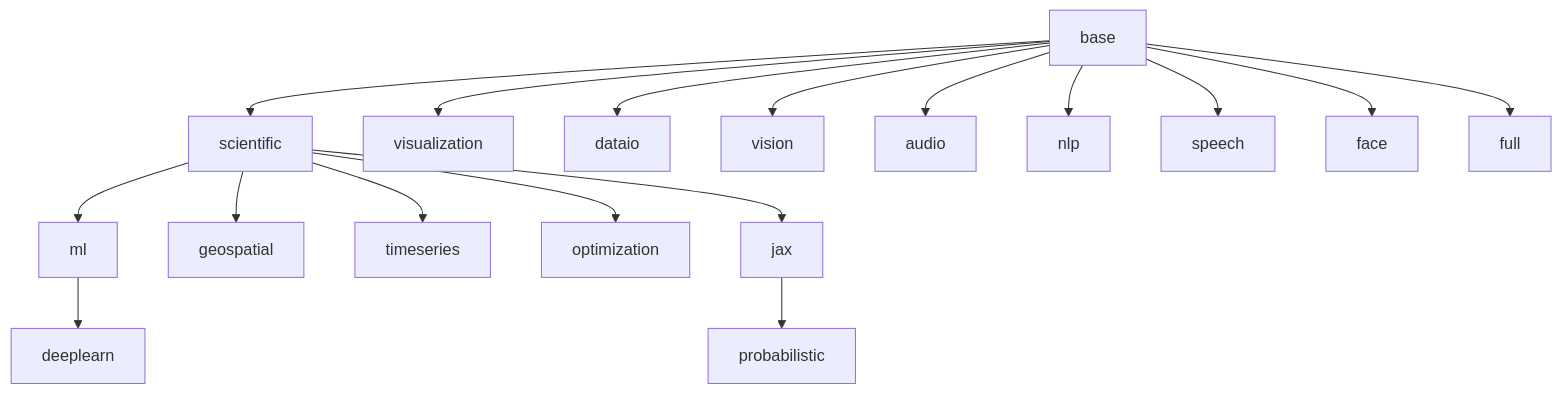
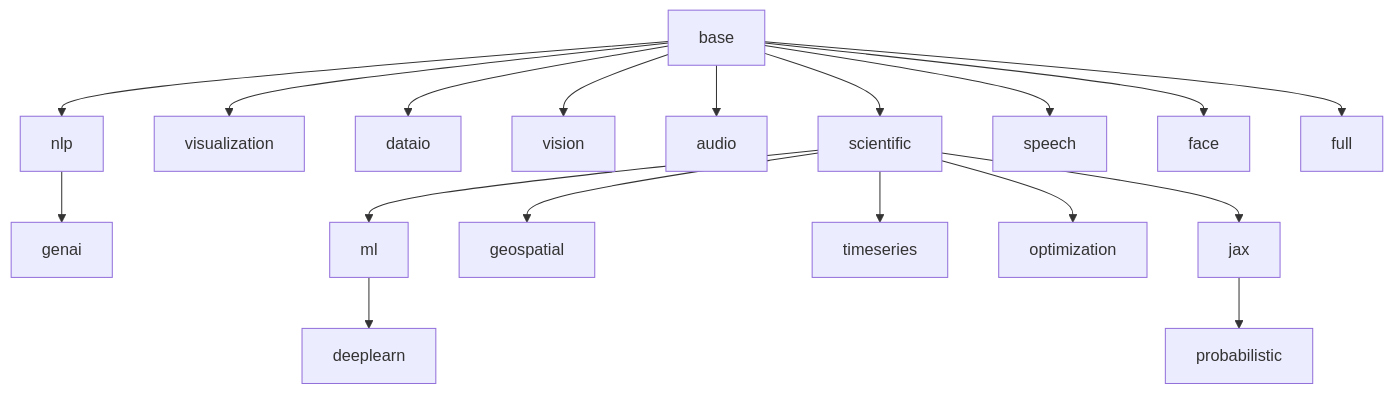
One commit to wlame/jupyter-docker changed the first of 2 diagrams in docs/concepts/architecture.md. Above: the diagram before and after it, drawn with Mermaid. The commit also changed other lines of this file and 23 other files, not shown here.

Commit message:
Add a genai image on nlp with TRL, FAISS, bm25s, LLM clients, and a baked SmolLM2.

````diff
--- a/docs/concepts/architecture.md
+++ b/docs/concepts/architecture.md
@@ -56,20 +56,21 @@
 ```mermaid
 flowchart TD
     base[base]
     base --> scientific[scientific]
     base --> visualization[visualization]
     base --> dataio[dataio]
     base --> vision[vision]
     base --> audio[audio]
     base --> nlp[nlp]
+    nlp --> genai[genai]
     base --> speech[speech]
     base --> face[face]
     base --> full[full]
     scientific --> ml[ml]
     scientific --> geospatial[geospatial]
     scientific --> timeseries[timeseries]
     scientific --> optimization[optimization]
     scientific --> jax[jax]
     jax --> probabilistic[probabilistic]
     ml --> deeplearn[deeplearn]
 ```
````
